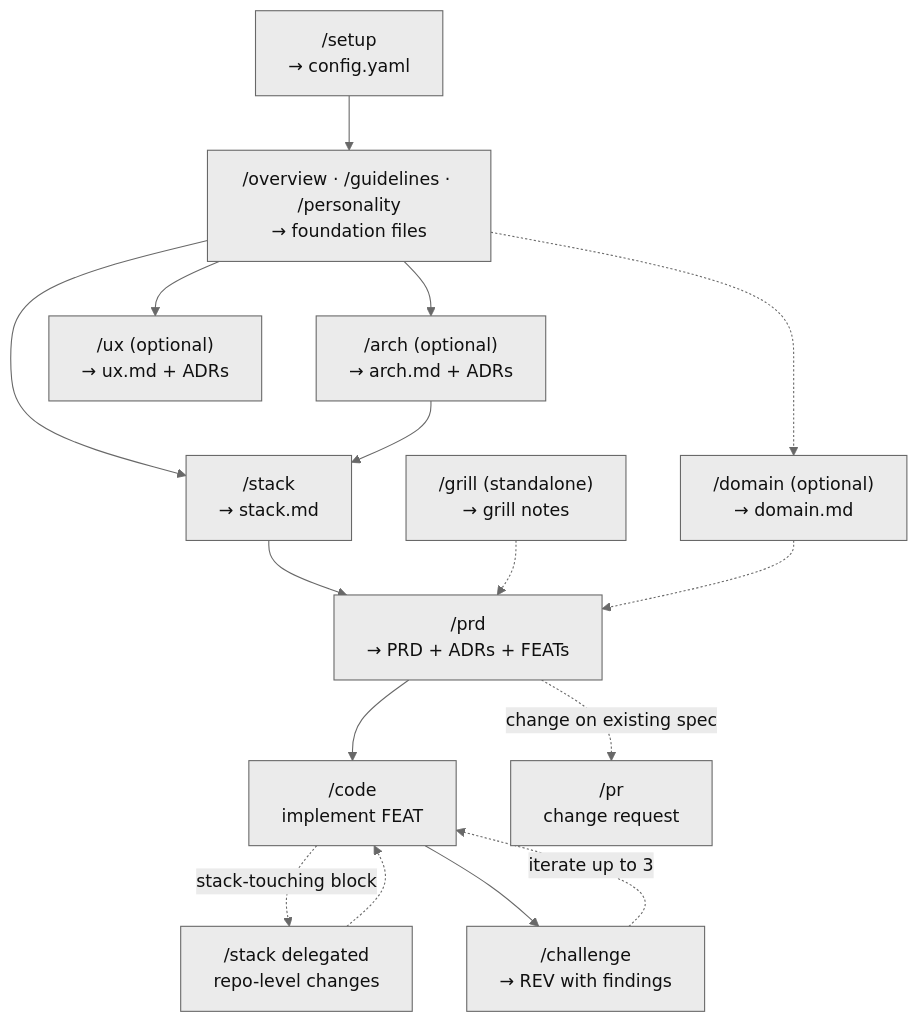
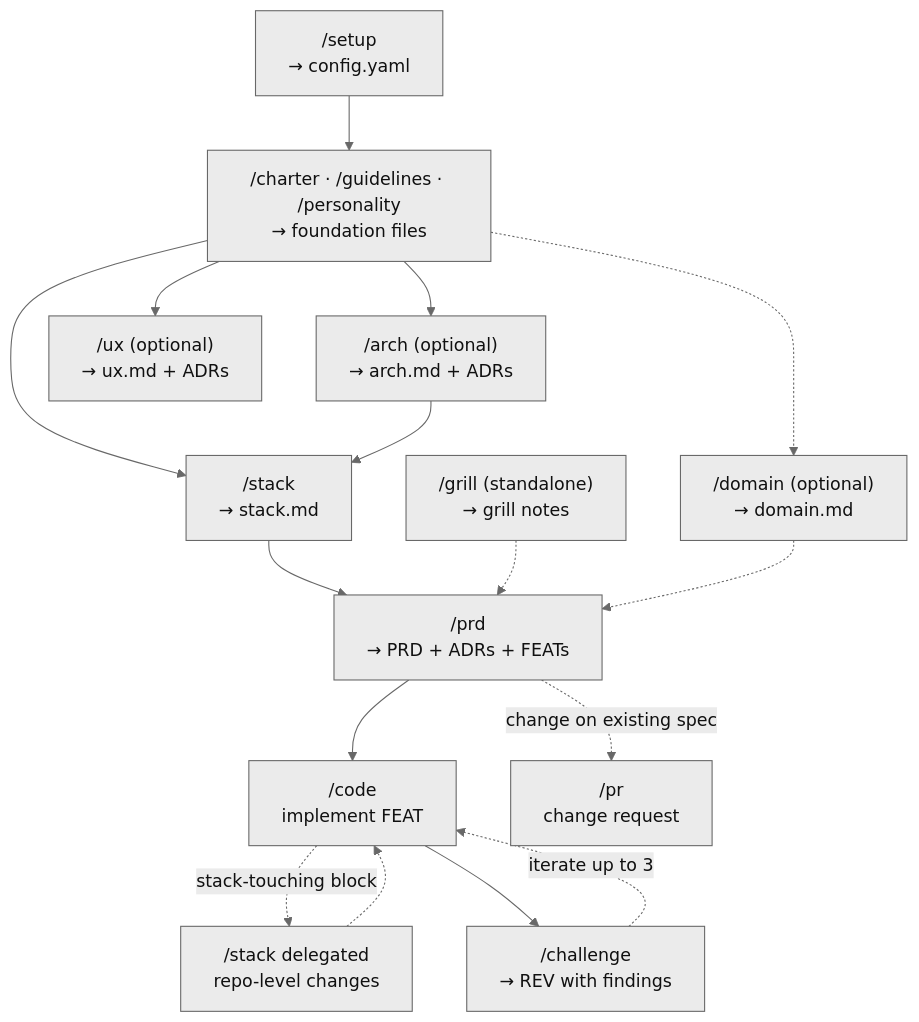
One commit to ccosming/skills changed the diagram in README.md. Above: the diagram before and after it, drawn with Mermaid. The commit also changed other lines of this file and 16 other files, not shown here.

First line of the commit message:
refactor(charter): propagate the overview→charter rename across the plugin

````diff
--- a/README.md
+++ b/README.md
@@ -49,32 +49,32 @@
 ```mermaid
 %%{init: {'theme':'base','themeVariables':{'primaryColor':'#ebebeb','primaryBorderColor':'#686868','primaryTextColor':'#101010','lineColor':'#686868','secondaryColor':'#cccccc','tertiaryColor':'#a9a9a9','clusterBkg':'#cccccc','clusterBorder':'#525252','edgeLabelBackground':'#ebebeb'}}}%%
 flowchart TD
     Setup["/setup<br/>→ config.yaml"]
-    Found["/overview · /guidelines · /personality<br/>→ foundation files"]
+    Found["/charter · /guidelines · /personality<br/>→ foundation files"]
     Arch["/arch (optional)<br/>→ arch.md + ADRs"]
     UX["/ux (optional)<br/>→ ux.md + ADRs"]
     Domain["/domain (optional)<br/>→ domain.md"]
     Stack["/stack<br/>→ stack.md"]
     Grill["/grill (standalone)<br/>→ grill notes"]
     PRD["/prd<br/>→ PRD + ADRs + FEATs"]
     Code["/code<br/>implement FEAT"]
     StackDel["/stack delegated<br/>repo-level changes"]
     Challenge["/challenge<br/>→ REV with findings"]
     PR["/pr<br/>change request"]
 
     Setup --> Found
     Found --> Arch
     Found --> UX
     Found --> Stack
     Arch --> Stack
     Found -.-> Domain
     Stack --> PRD
     Grill -.-> PRD
     Domain -.-> PRD
     PRD --> Code
     Code -.->|stack-touching block| StackDel
     StackDel -.-> Code
     Code --> Challenge
     Challenge -.->|iterate up to 3| Code
     PRD -.->|change on existing spec| PR
 ```
````
